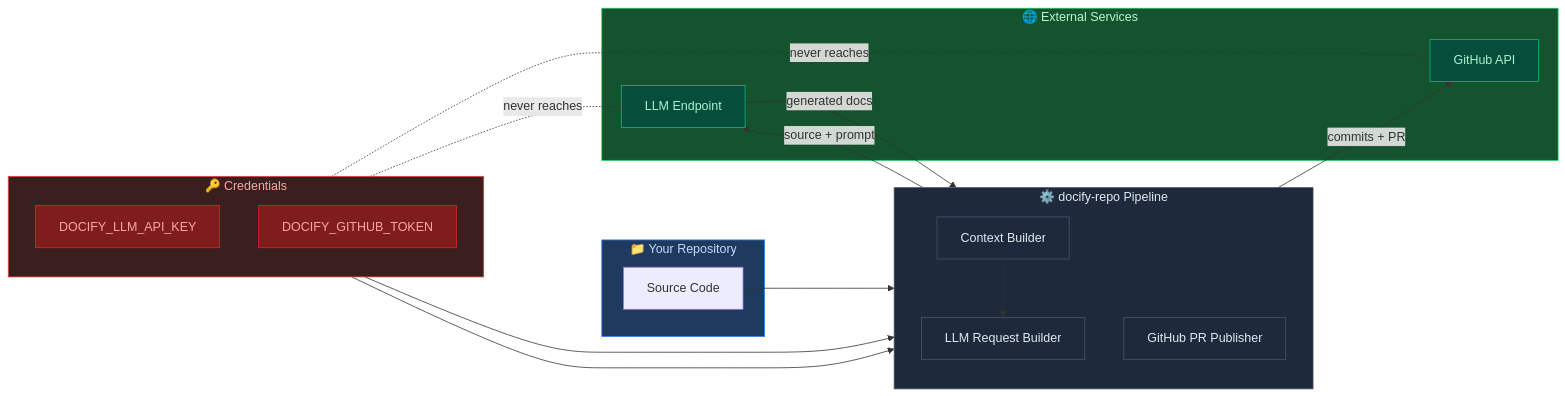
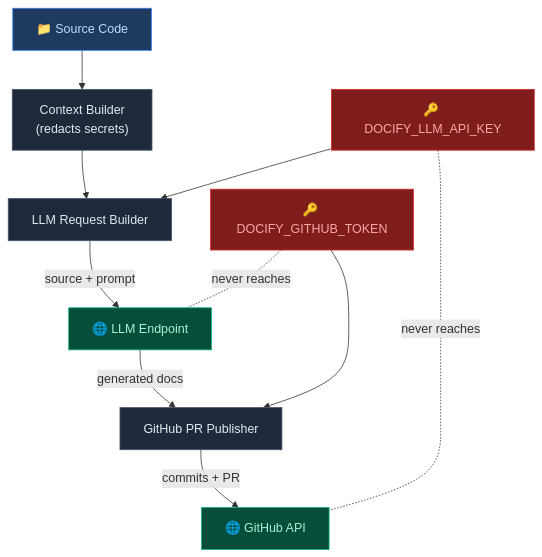
Before and after one commit to amit-upadhyay-IT/docify-repo: the third of 3 diagrams in README.md, drawn with Mermaid.

````diff
--- a/README.md
+++ b/README.md
@@ -379,46 +379,30 @@
 ```mermaid
-flowchart LR
-    subgraph REPO ["📁 Your Repository"]
-        SRC["Source Code"]
-    end
-
-    subgraph DOCIFY ["⚙️ docify-repo Pipeline"]
-        direction TB
-        CTX["Context Builder"]
-        LLM_REQ["LLM Request Builder"]
-        PR_PUB["GitHub PR Publisher"]
-    end
-
-    subgraph SECRETS ["🔑 Credentials"]
-        direction TB
-        LLMKEY["DOCIFY_LLM_API_KEY"]
-        GHTOKEN["DOCIFY_GITHUB_TOKEN"]
-    end
-
-    subgraph EXTERNAL ["🌐 External Services"]
-        LLM_EP["LLM Endpoint"]
-        GH["GitHub API"]
-    end
+flowchart TD
+    SRC["📁 Source Code"]
+    CTX["Context Builder\n(redacts secrets)"]
+    LLM_REQ["LLM Request Builder"]
+    PR_PUB["GitHub PR Publisher"]
+    LLMKEY["🔑 DOCIFY_LLM_API_KEY"]
+    GHTOKEN["🔑 DOCIFY_GITHUB_TOKEN"]
+    LLM_EP["🌐 LLM Endpoint"]
+    GH["🌐 GitHub API"]
 
     SRC --> CTX --> LLM_REQ
     LLMKEY --> LLM_REQ
-    LLM_REQ -- "source + prompt" --> LLM_EP
-    LLM_EP -- "generated docs" --> PR_PUB
+    LLM_REQ -->|"source + prompt"| LLM_EP
+    LLM_EP -->|"generated docs"| PR_PUB
     GHTOKEN --> PR_PUB
-    PR_PUB -- "commits + PR" --> GH
+    PR_PUB -->|"commits + PR"| GH
 
     LLMKEY -. "never reaches" .- GH
     GHTOKEN -. "never reaches" .- LLM_EP
 
-    style REPO fill:#1e3a5f,color:#bfdbfe,stroke:#3b82f6
-    style DOCIFY fill:#1e293b,color:#e2e8f0,stroke:#475569
-    style SECRETS fill:#3b1f1f,color:#fca5a5,stroke:#ef4444
-    style EXTERNAL fill:#14532d,color:#bbf7d0,stroke:#22c55e
+    style SRC fill:#1e3a5f,color:#bfdbfe,stroke:#3b82f6
     style CTX fill:#1e293b,color:#e2e8f0,stroke:#475569
     style LLM_REQ fill:#1e293b,color:#e2e8f0,stroke:#475569
     style PR_PUB fill:#1e293b,color:#e2e8f0,stroke:#475569
     style LLMKEY fill:#7f1d1d,color:#fca5a5,stroke:#dc2626
     style GHTOKEN fill:#7f1d1d,color:#fca5a5,stroke:#dc2626
     style LLM_EP fill:#064e3b,color:#a7f3d0,stroke:#10b981
     style GH fill:#064e3b,color:#a7f3d0,stroke:#10b981
 ```
````
